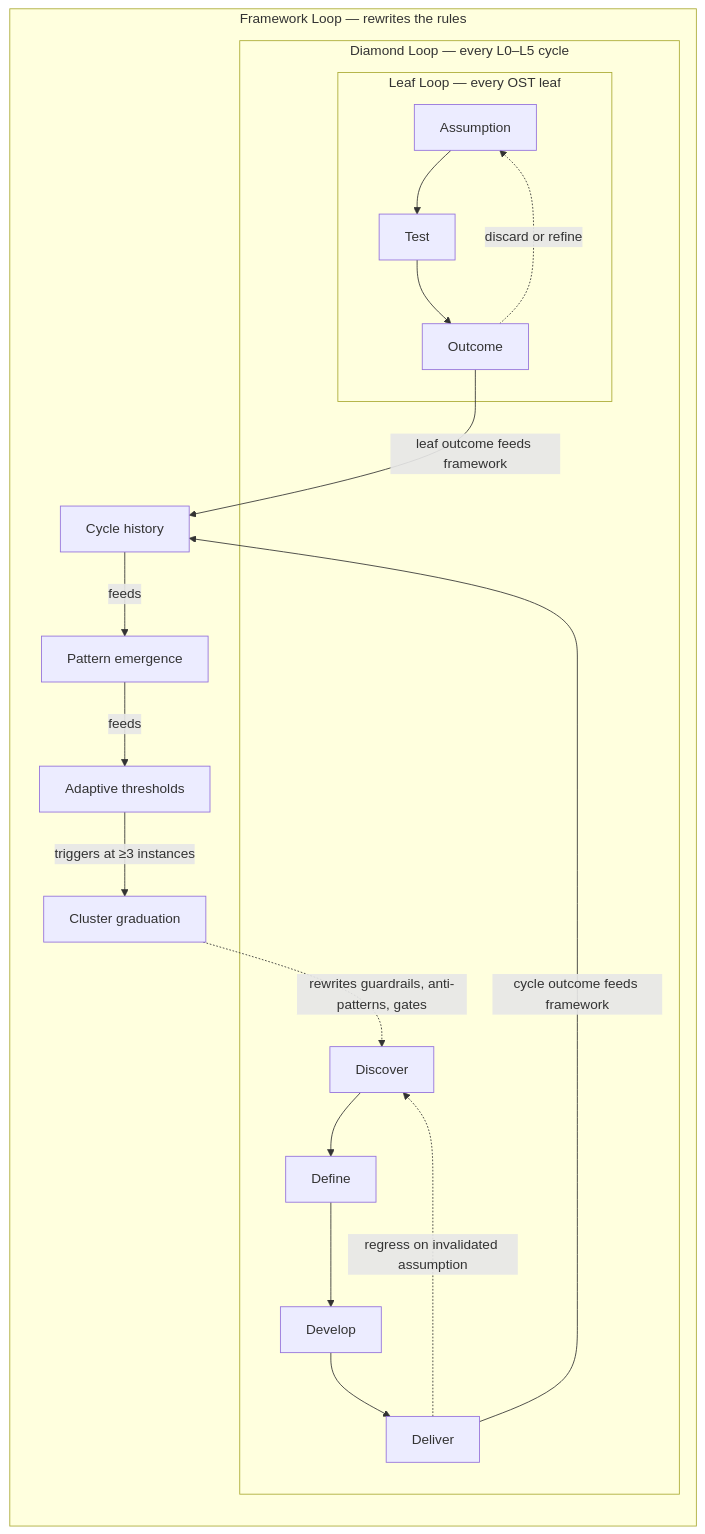
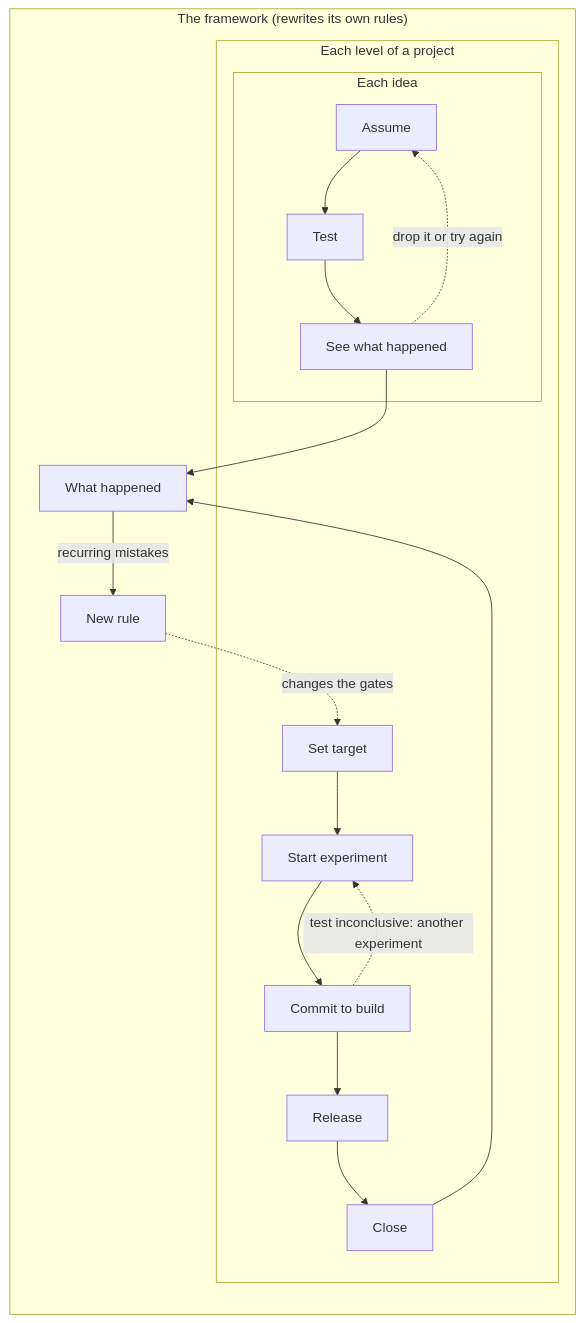
One commit to haabe/mycelium changed the diagram in docs/philosophy.md. Above: the diagram before and after it, drawn with Mermaid. The commit also changed other lines of this file and 8 other files, not shown here.

````diff
--- a/docs/philosophy.md
+++ b/docs/philosophy.md
@@ -58,23 +51,21 @@
 ```mermaid
 graph LR
-    subgraph FW["Framework Loop — rewrites the rules"]
+    subgraph FW["The framework (rewrites its own rules)"]
         direction TB
-        CH["Cycle history"] -->|"feeds"| PE["Pattern emergence"]
-        PE -->|"feeds"| AT["Adaptive thresholds"]
-        AT -->|"triggers at ≥3 instances"| CG["Cluster graduation"]
-        CG -.->|"rewrites guardrails, anti-patterns, gates"| DSC
+        CH["What happened"] -->|"recurring mistakes"| CG["New rule"]
+        CG -.->|"changes the gates"| ST
 
-        subgraph DI["Diamond Loop — every L0–L5 cycle"]
-            DSC["Discover"] --> DEF["Define"] --> DEV["Develop"] --> DEL["Deliver"]
-            DEL -.->|"regress on invalidated assumption"| DSC
+        subgraph DI["Each level of a project"]
+            ST["Set target"] --> SE["Start experiment"] --> CB["Commit to build"] --> RL["Release"] --> CL["Close"]
+            CB -.->|"test inconclusive: another experiment"| SE
 
-            subgraph LF["Leaf Loop — every OST leaf"]
-                AS["Assumption"] --> TS["Test"] --> OU["Outcome"]
-                OU -.->|"discard or refine"| AS
+            subgraph LF["Each idea"]
+                AS["Assume"] --> TS["Test"] --> OU["See what happened"]
+                OU -.->|"drop it or try again"| AS
             end
         end
 
-        DEL -->|"cycle outcome feeds framework"| CH
-        OU -->|"leaf outcome feeds framework"| CH
+        CL --> CH
+        OU --> CH
     end
 ```
````
